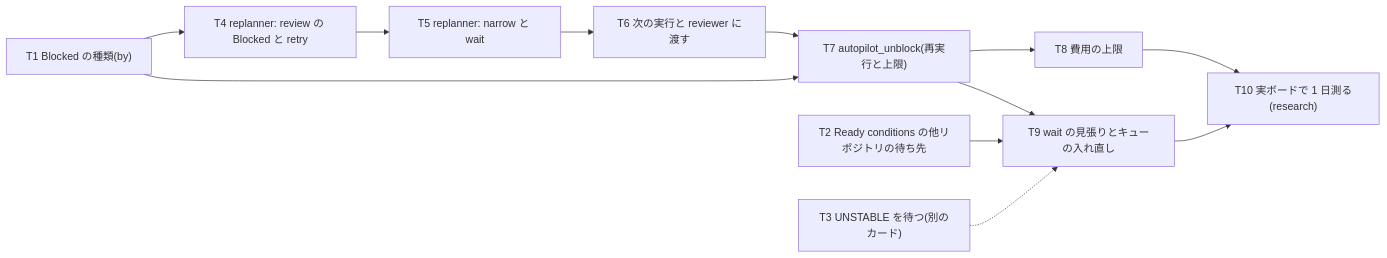
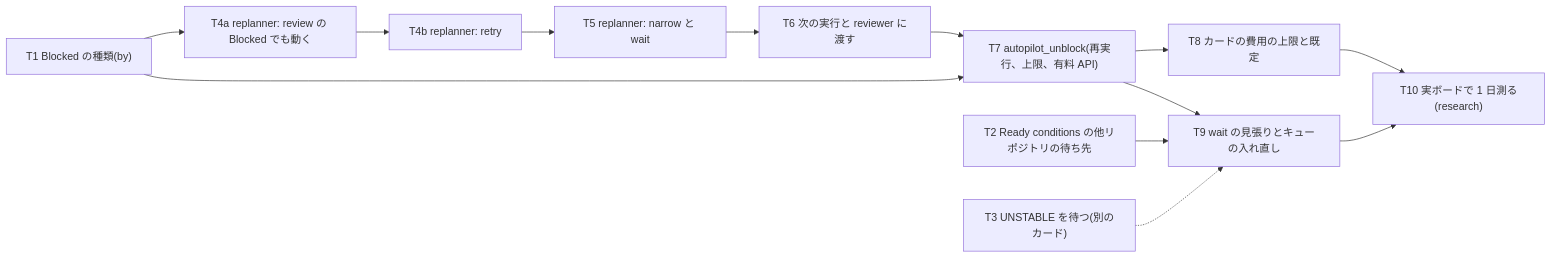
The fifth of 5 diagrams in docs/architecture/designs/autopilot-unblock.md (jyoka/task-hub), drawn with Mermaid before and after one commit. The commit also changed other lines of this file, not shown here.

Commit message:
task 283: オートパイロット: Blocked を自分で片付ける(設計)

````diff
--- a/docs/architecture/designs/autopilot-unblock.md
+++ b/docs/architecture/designs/autopilot-unblock.md
@@ -384,14 +438,15 @@
 ```mermaid
 flowchart LR
-    T1["T1 Blocked の種類(by)"] --> T4["T4 replanner: review の Blocked と retry"]
-    T4 --> T5["T5 replanner: narrow と wait"]
+    T1["T1 Blocked の種類(by)"] --> T4a["T4a replanner: review の Blocked でも動く"]
+    T4a --> T4b["T4b replanner: retry"]
+    T4b --> T5["T5 replanner: narrow と wait"]
     T5 --> T6["T6 次の実行と reviewer に渡す"]
-    T1 --> T7["T7 autopilot_unblock(再実行と上限)"]
+    T1 --> T7["T7 autopilot_unblock(再実行、上限、有料 API)"]
     T6 --> T7
-    T7 --> T8["T8 費用の上限"]
+    T7 --> T8["T8 カードの費用の上限と既定"]
     T2["T2 Ready conditions の他リポジトリの待ち先"] --> T9["T9 wait の見張りとキューの入れ直し"]
     T7 --> T9
     T3["T3 UNSTABLE を待つ(別のカード)"] -.-> T9
     T9 --> T10["T10 実ボードで 1 日測る(research)"]
     T8 --> T10
 ```
````
